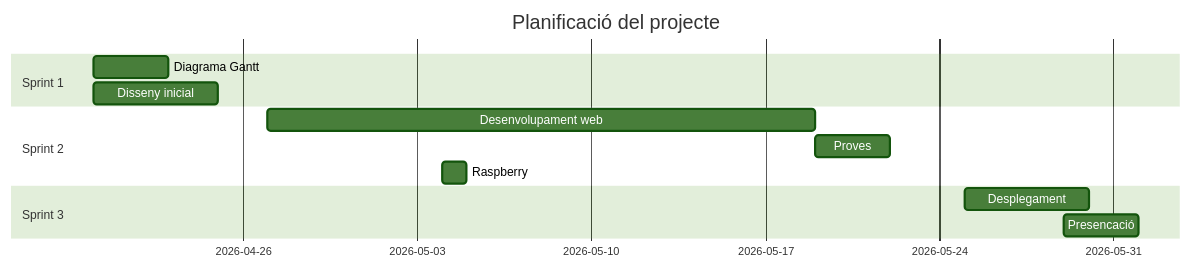
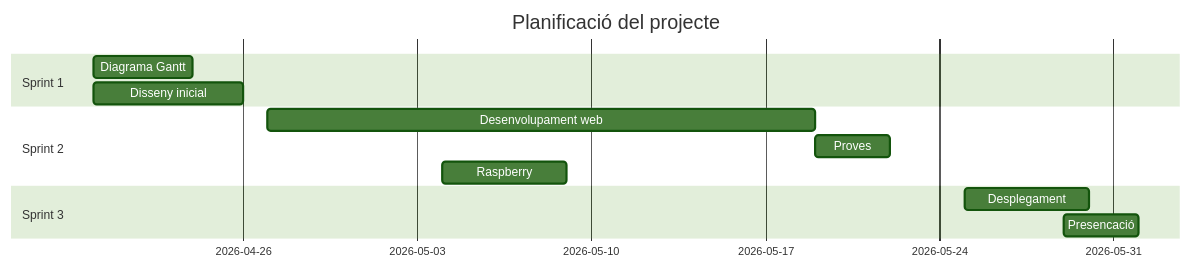
The diagram in readme.md (Laia123456/projectoFinal_futra), drawn with Mermaid (forest theme) before and after one commit.

Commit message:
readmeok2

````diff
--- a/readme.md
+++ b/readme.md
@@ -3,15 +3,15 @@
 ```mermaid
 gantt
   title Planificació del projecte
   dateFormat YYYY-MM-DD
   section Sprint 1
-  Diagrama Gantt      :a1, 2026-04-20, 3d
-  Disseny inicial     :a2, 2026-04-20, 5d
+  Diagrama Gantt      :a1, 2026-04-20, 4d
+  Disseny inicial     :a2, 2026-04-20, 6d
   section Sprint 2
   Desenvolupament web :b1, 2026-04-27, 22d
   Proves              :b2, after b1, 3d
-  Raspberry           :b3, 2026-05-04, 1d
+  Raspberry           :b3, 2026-05-04, 5d
   section Sprint 3
   Desplegament        :c1, 2026-05-25, 5d
   Presencació         :c2, 2026-05-29, 3d
 ```
````
